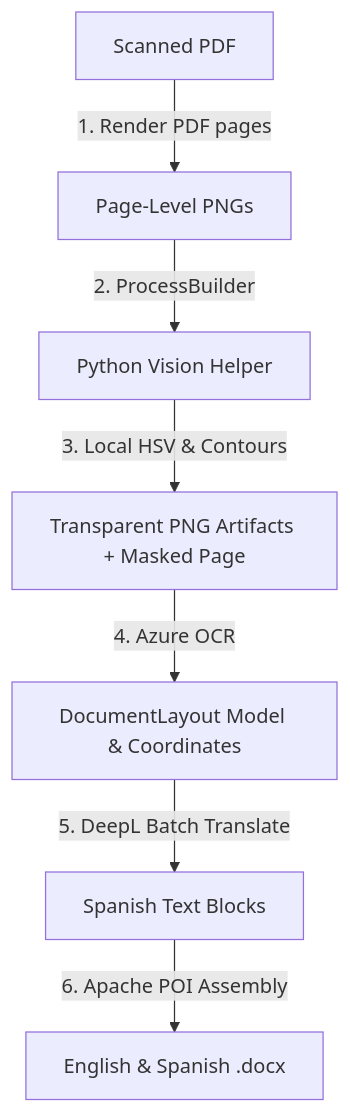
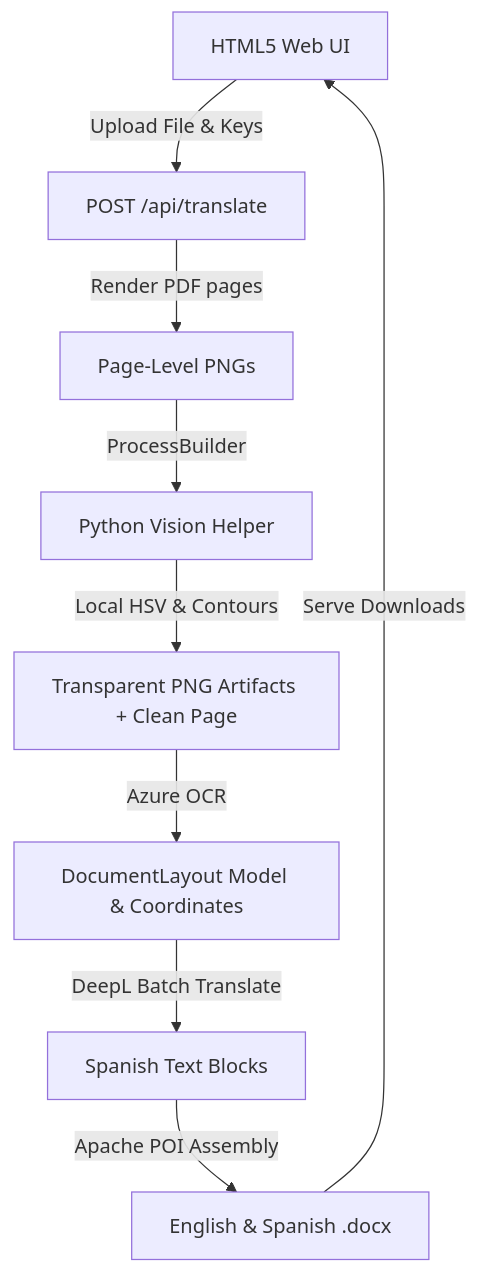
One commit to NachooFz/TaikaTranslator changed the diagram in README.md. Above: the diagram before and after it, drawn with Mermaid. The commit also changed other lines of this file and 42 other files, not shown here.

````diff
--- a/README.md
+++ b/README.md
@@ -13,9 +13,11 @@
 ```mermaid
 graph TD
-    A[Scanned PDF] -->|1. Render PDF pages| B[Page-Level PNGs]
-    B -->|2. ProcessBuilder| C[Python Vision Helper]
-    C -->|3. Local HSV & Contours| D[Transparent PNG Artifacts + Masked Page]
-    D -->|4. Azure OCR| E[DocumentLayout Model & Coordinates]
-    E -->|5. DeepL Batch Translate| F[Spanish Text Blocks]
-    F -->|6. Apache POI Assembly| G[English & Spanish .docx]
+    UI[HTML5 Web UI] -->|Upload File & Keys| API[POST /api/translate]
+    API -->|Render PDF pages| B[Page-Level PNGs]
+    B -->|ProcessBuilder| C[Python Vision Helper]
+    C -->|Local HSV & Contours| D[Transparent PNG Artifacts + Clean Page]
+    D -->|Azure OCR| E[DocumentLayout Model & Coordinates]
+    E -->|DeepL Batch Translate| F[Spanish Text Blocks]
+    F -->|Apache POI Assembly| G[English & Spanish .docx]
+    G -->|Serve Downloads| UI
 ```
````
